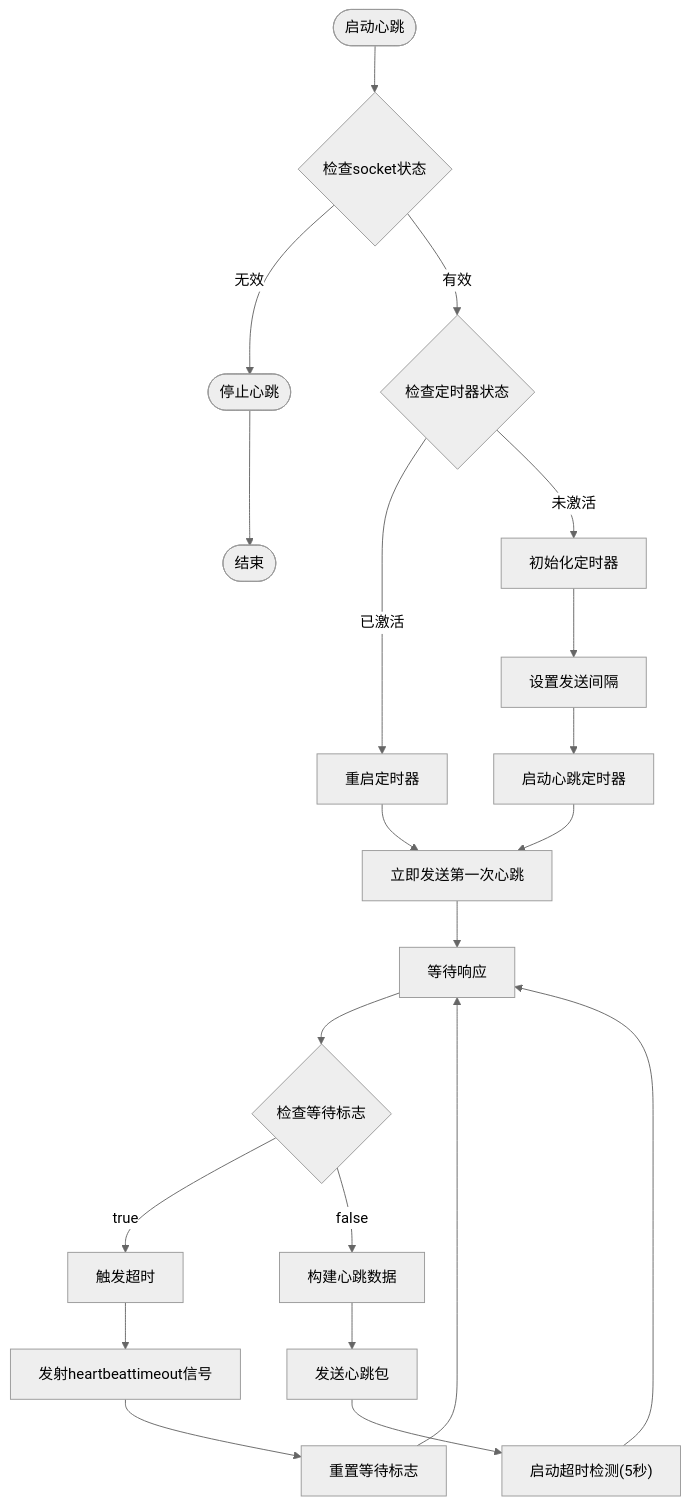
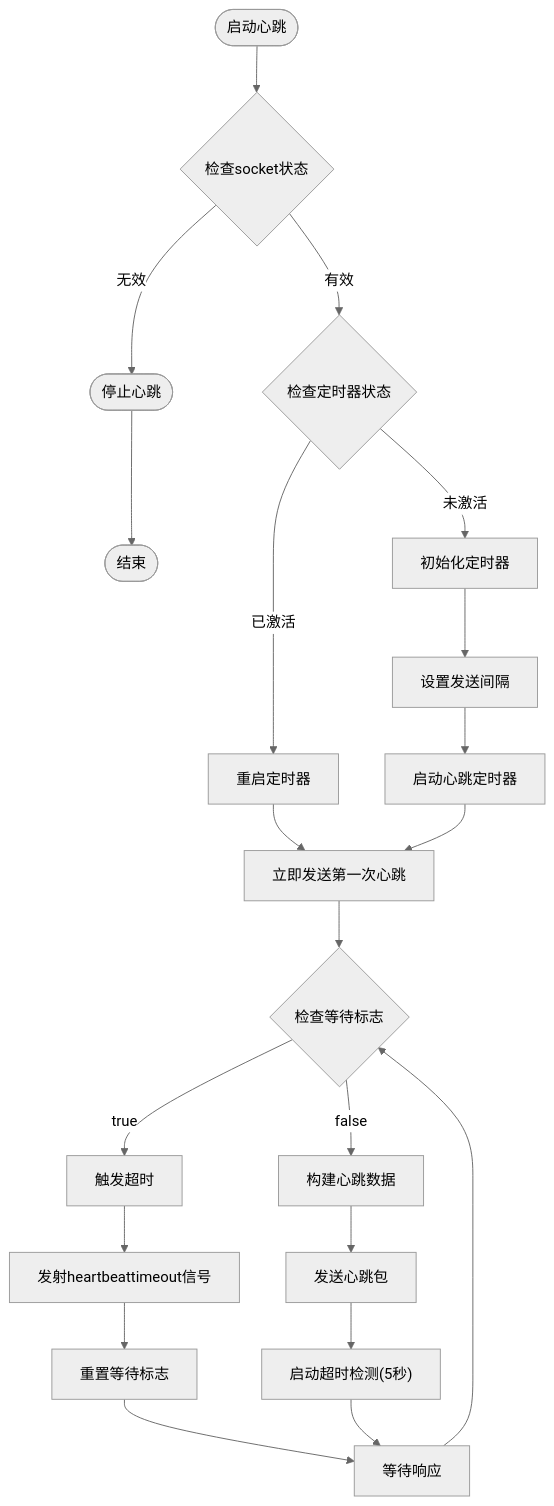
Before and after one commit to HeQiTZD/Triple-terminal-Attendance-Punching-System: the fourth of 8 diagrams in .qoder/repowiki/zh/content/核心模块/网络客户端模块/心跳管理器.md, drawn with Mermaid (neutral theme). The commit also changed other lines of this file and 47 other files, not shown here.

````diff
--- a/.qoder/repowiki/zh/content/核心模块/网络客户端模块/心跳管理器.md
+++ b/.qoder/repowiki/zh/content/核心模块/网络客户端模块/心跳管理器.md
@@ -204,23 +217,23 @@
 ```mermaid
 flowchart TD
 Start([启动心跳]) --> CheckSocket{"检查socket状态"}
 CheckSocket --> |无效| Stop([停止心跳])
 CheckSocket --> |有效| CheckActive{"检查定时器状态"}
 CheckActive --> |已激活| Restart["重启定时器"]
 CheckActive --> |未激活| InitTimer["初始化定时器"]
 InitTimer --> SetInterval["设置发送间隔"]
 SetInterval --> StartTimer["启动心跳定时器"]
 StartTimer --> SendFirst["立即发送第一次心跳"]
-SendFirst --> WaitResponse["等待响应"]
-WaitResponse --> CheckFlag{"检查等待标志"}
+SendFirst --> CheckFlag{"检查等待标志"}
 CheckFlag --> |true| Timeout["触发超时"]
 CheckFlag --> |false| BuildData["构建心跳数据"]
 BuildData --> SendData["发送心跳包"]
 SendData --> StartTimeout["启动超时检测(5秒)"]
-StartTimeout --> WaitResponse
+StartTimeout --> WaitResponse["等待响应"]
+WaitResponse --> CheckFlag
 Timeout --> EmitSignal["发射heartbeattimeout信号"]
 EmitSignal --> ResetFlag["重置等待标志"]
 ResetFlag --> WaitResponse
 Restart --> SendFirst
 Stop --> End([结束])
 ```
````
